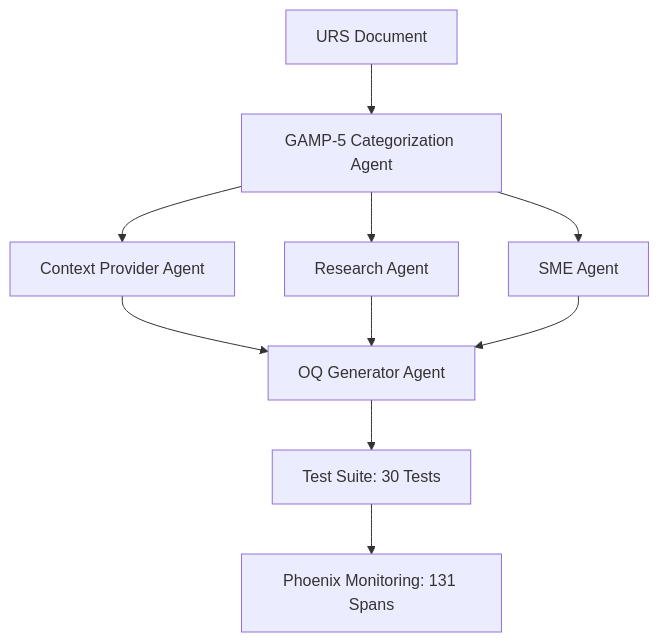
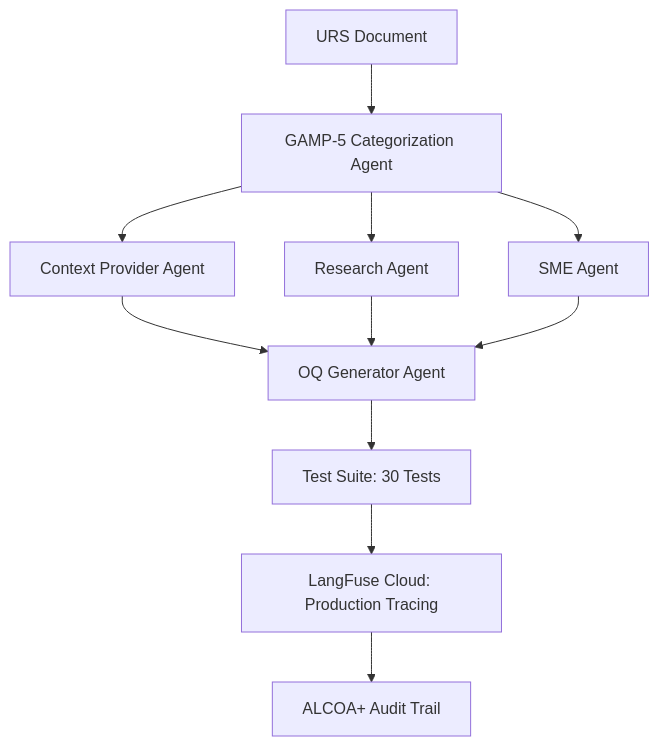
One commit to Danik911/thesis_project changed the diagram in TECHNICAL_ARCHITECTURE_REPORT.md. Above: the diagram before and after it, drawn with Mermaid. The commit also changed other lines of this file and 181 other files, not shown here.

````diff
--- a/TECHNICAL_ARCHITECTURE_REPORT.md
+++ b/TECHNICAL_ARCHITECTURE_REPORT.md
@@ -46,12 +54,13 @@
 ```mermaid
 graph TD
     URS[URS Document] --> CAT[GAMP-5 Categorization Agent]
     CAT --> CTX[Context Provider Agent]
     CAT --> RES[Research Agent]
     CAT --> SME[SME Agent]
     CTX --> OQ[OQ Generator Agent]
     RES --> OQ
     SME --> OQ
     OQ --> TS[Test Suite: 30 Tests]
-    TS --> PHX[Phoenix Monitoring: 131 Spans]
+    TS --> LF[LangFuse Cloud: Production Tracing]
+    LF --> AUDIT[ALCOA+ Audit Trail]
 ```
````
